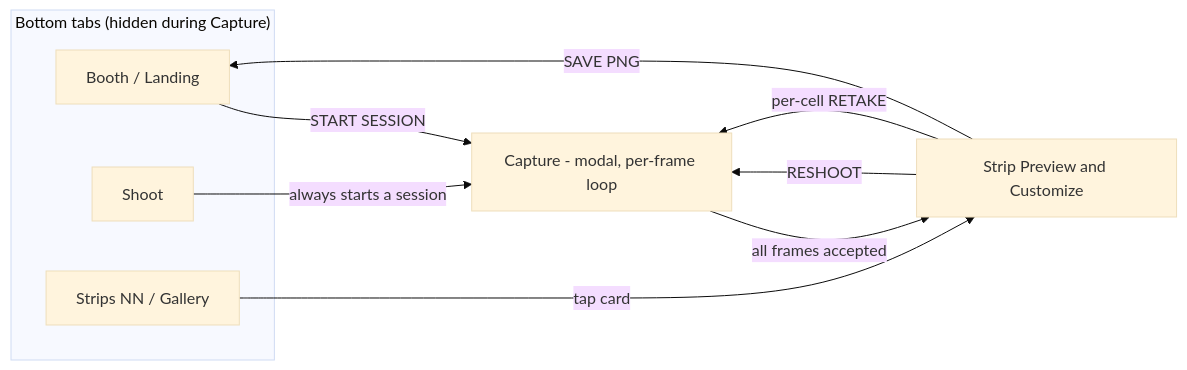
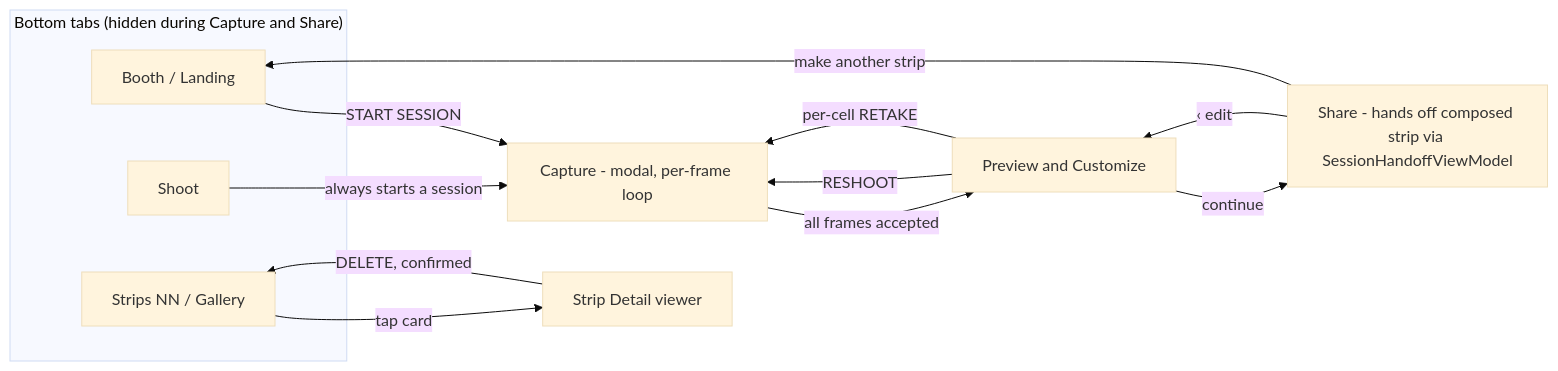
Before and after one commit to dhruv-d02/Photobooth: the third of 3 diagrams in architecture.md, drawn with Mermaid (base theme). The commit also changed other lines of this file and 56 other files, not shown here.

````diff
--- a/architecture.md
+++ b/architecture.md
@@ -123,15 +136,18 @@
 ```mermaid
 graph LR
-    subgraph Tabs["Bottom tabs (hidden during Capture)"]
+    subgraph Tabs["Bottom tabs (hidden during Capture and Share)"]
         Booth[Booth / Landing]
         Shoot[Shoot]
         Strips[Strips NN / Gallery]
     end
     Booth -->|START SESSION| Capture[Capture - modal, per-frame loop]
     Shoot -->|always starts a session| Capture
-    Capture -->|all frames accepted| Preview[Strip Preview and Customize]
+    Capture -->|all frames accepted| Preview[Preview and Customize]
     Preview -->|RESHOOT| Capture
-    Preview -->|SAVE PNG| Booth
-    Strips -->|tap card| Preview
     Preview -->|per-cell RETAKE| Capture
+    Preview -->|continue| Share[Share - hands off composed strip via SessionHandoffViewModel]
+    Share -->|‹ edit| Preview
+    Share -->|make another strip| Booth
+    Strips -->|tap card| StripDetail[Strip Detail viewer]
+    StripDetail -->|DELETE, confirmed| Strips
 ```
````
